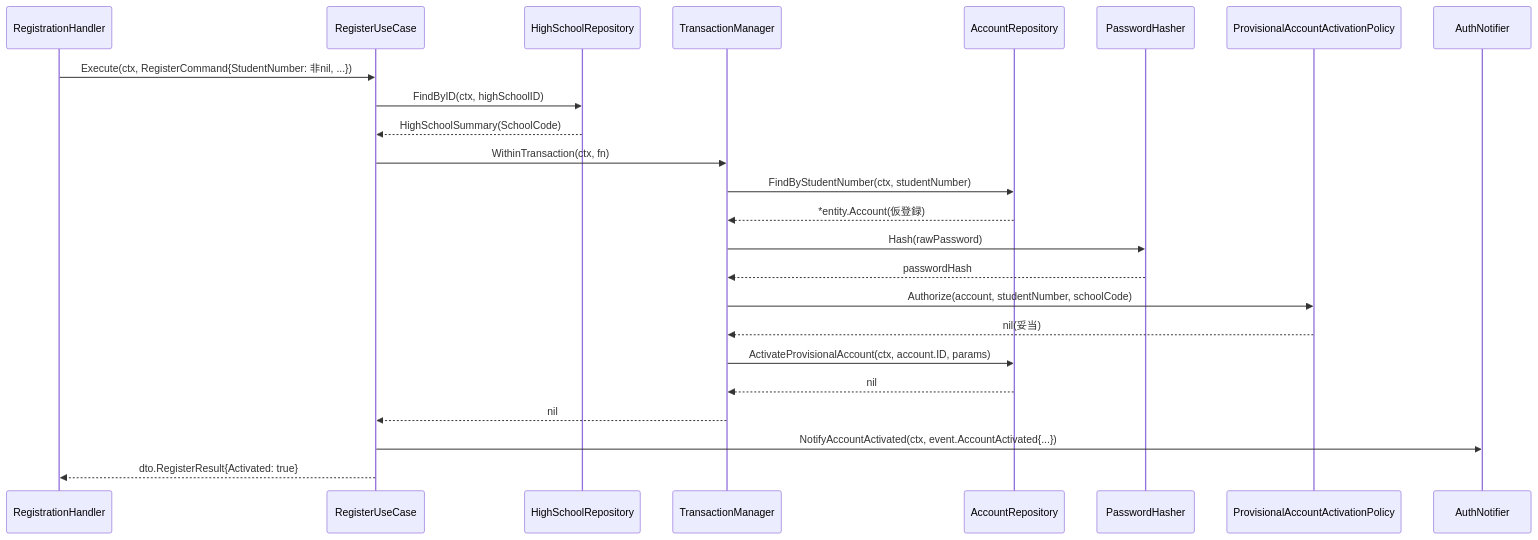
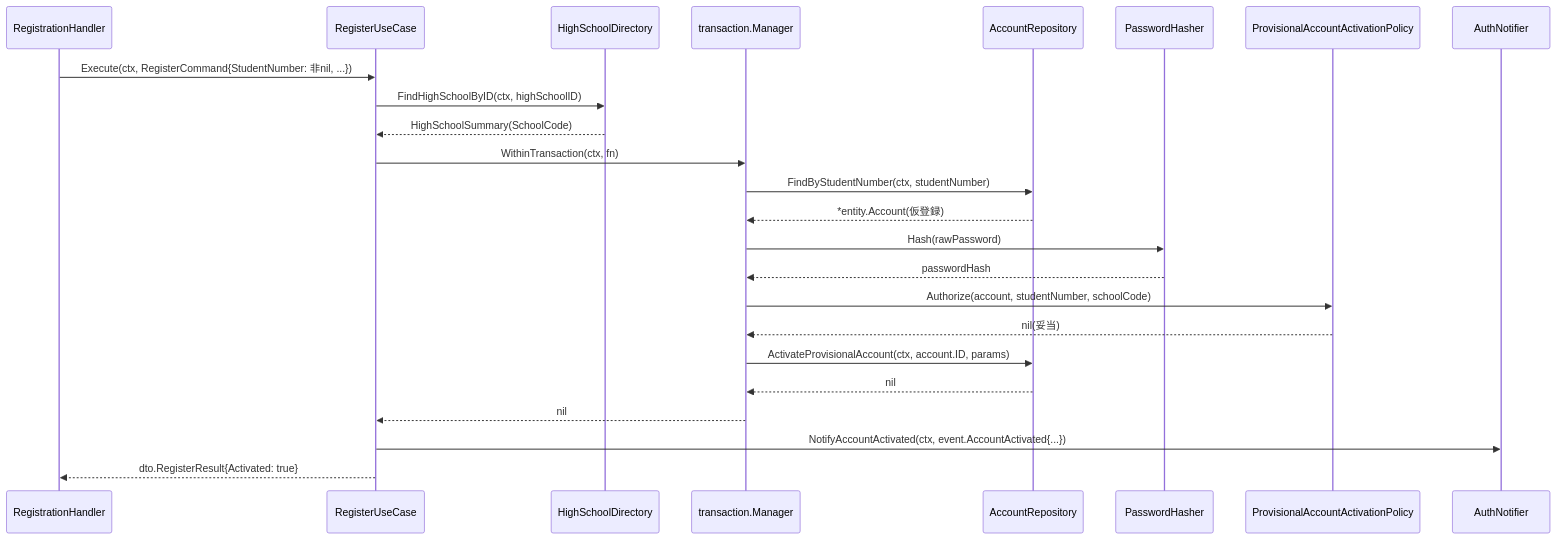
One commit to yuta20253/edu-platform-go-design changed the first of 2 diagrams in 計画書/Go実装仕様書/認証機能_Go実装仕様書_3_登録.md. Above: the diagram before and after it, drawn with Mermaid. The commit also changed other lines of this file and 3 other files, not shown here.

````diff
--- a/計画書/Go実装仕様書/認証機能_Go実装仕様書_3_登録.md
+++ b/計画書/Go実装仕様書/認証機能_Go実装仕様書_3_登録.md
@@ -212,27 +176,27 @@
 ```mermaid
 sequenceDiagram
     participant H as RegistrationHandler
     participant UC as RegisterUseCase
-    participant HSR as HighSchoolRepository
-    participant TM as TransactionManager
+    participant HSD as HighSchoolDirectory
+    participant TM as transaction.Manager
     participant AR as AccountRepository
     participant PH as PasswordHasher
     participant PAP as ProvisionalAccountActivationPolicy
     participant AN as AuthNotifier
 
     H->>UC: Execute(ctx, RegisterCommand{StudentNumber: 非nil, ...})
-    UC->>HSR: FindByID(ctx, highSchoolID)
-    HSR-->>UC: HighSchoolSummary(SchoolCode)
+    UC->>HSD: FindHighSchoolByID(ctx, highSchoolID)
+    HSD-->>UC: HighSchoolSummary(SchoolCode)
     UC->>TM: WithinTransaction(ctx, fn)
     TM->>AR: FindByStudentNumber(ctx, studentNumber)
     AR-->>TM: *entity.Account(仮登録)
     TM->>PH: Hash(rawPassword)
     PH-->>TM: passwordHash
     TM->>PAP: Authorize(account, studentNumber, schoolCode)
     PAP-->>TM: nil(妥当)
     TM->>AR: ActivateProvisionalAccount(ctx, account.ID, params)
     AR-->>TM: nil
     TM-->>UC: nil
     UC->>AN: NotifyAccountActivated(ctx, event.AccountActivated{...})
     UC-->>H: dto.RegisterResult{Activated: true}
 ```
````
